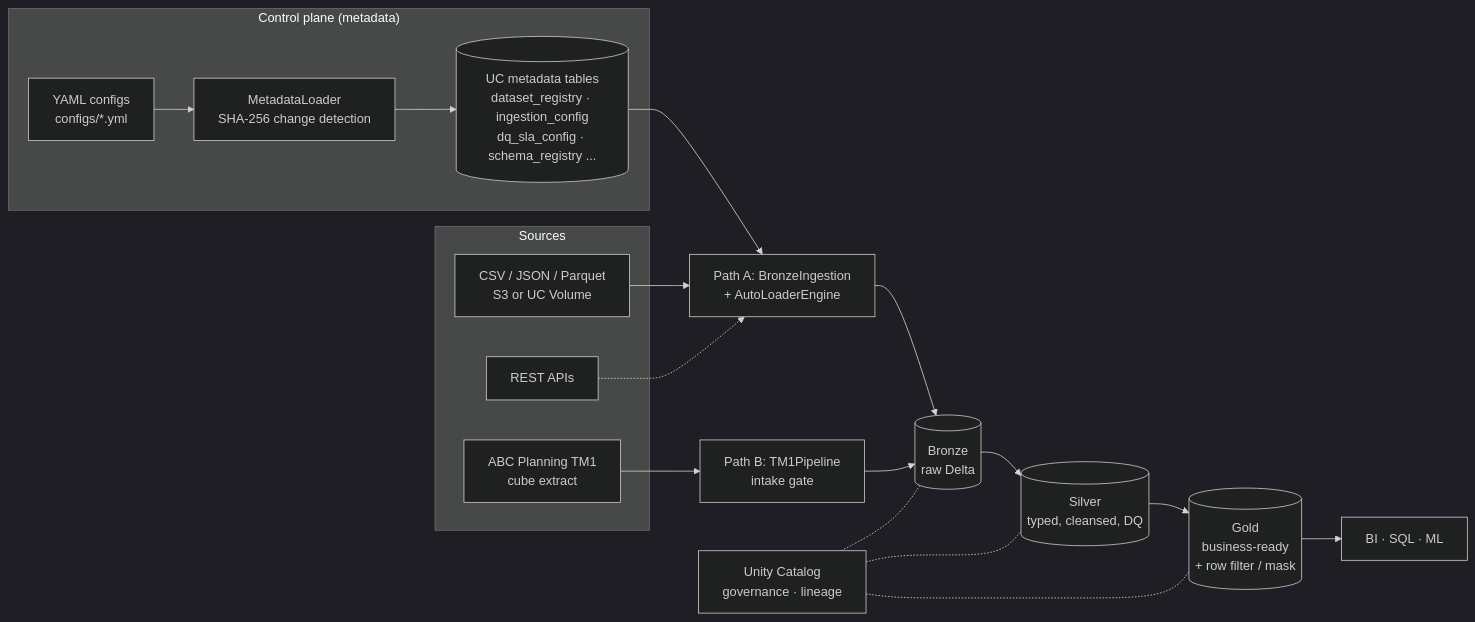
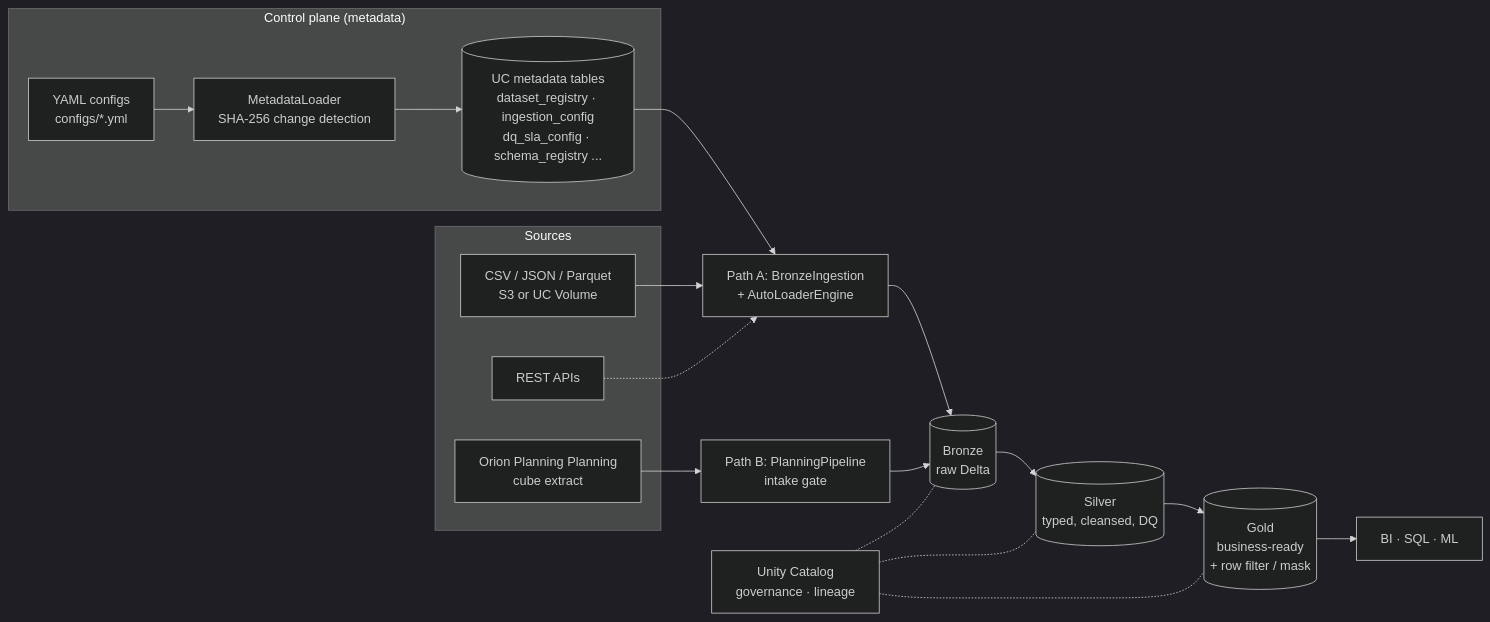
The first of 5 diagrams in docs/project_flow_and_ingestion_framework.md (sushanthg99/Databricks), drawn with Mermaid (dark theme) before and after one commit. The commit also changed other lines of this file and 10 other files, not shown here.

Commit message:
refactor: rename TM1/P&L pipeline to neutral planning/fin names

````diff
--- a/docs/project_flow_and_ingestion_framework.md
+++ b/docs/project_flow_and_ingestion_framework.md
@@ -28,27 +28,27 @@
 ```mermaid
 flowchart LR
     subgraph Sources
       S1[CSV / JSON / Parquet<br/>S3 or UC Volume]
       S2[REST APIs]
-      S3[ABC Planning TM1<br/>cube extract]
+      S3[Orion Planning Planning<br/>cube extract]
     end
 
     subgraph Control["Control plane (metadata)"]
       Y[YAML configs<br/>configs/*.yml] --> ML[MetadataLoader<br/>SHA-256 change detection]
       ML --> MT[(UC metadata tables<br/>dataset_registry · ingestion_config<br/>dq_sla_config · schema_registry ...)]
     end
 
     S1 --> A[Path A: BronzeIngestion<br/>+ AutoLoaderEngine]
     MT --> A
     S2 -.-> A
-    S3 --> B[Path B: TM1Pipeline<br/>intake gate]
+    S3 --> B[Path B: PlanningPipeline<br/>intake gate]
 
     A --> BR[(Bronze<br/>raw Delta)]
     B --> BR
     BR --> SI[(Silver<br/>typed, cleansed, DQ)]
     SI --> G[(Gold<br/>business-ready<br/>+ row filter / mask)]
     G --> C[BI · SQL · ML]
     UC[Unity Catalog<br/>governance · lineage] -.- BR
     UC -.- SI
     UC -.- G
 ```
````
